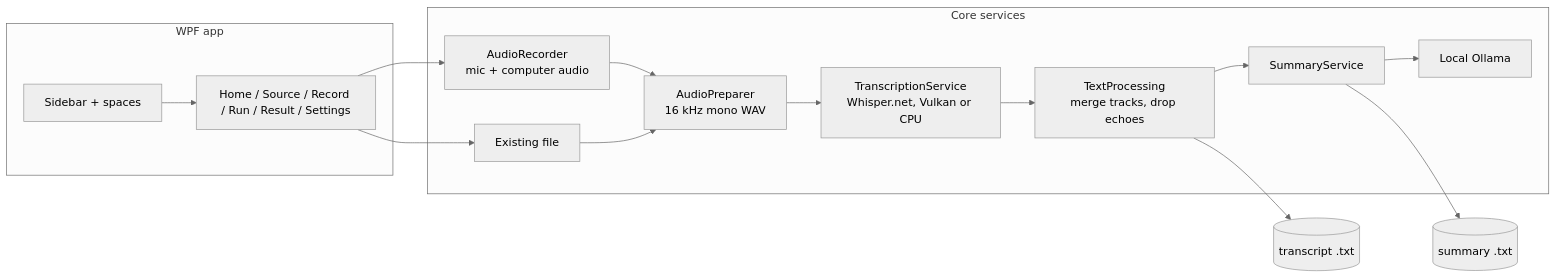
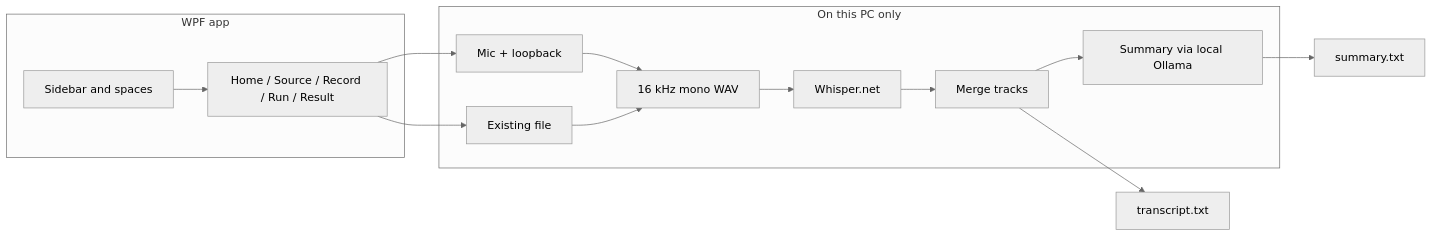
One commit to devanshhdalal/Meet-Simple changed the diagram in README.md. Above: the diagram before and after it, drawn with Mermaid (neutral theme). The commit also changed other lines of this file and 86 other files, not shown here.

````diff
--- a/README.md
+++ b/README.md
@@ -20,18 +90,17 @@
 ```mermaid
 flowchart LR
-    subgraph UI [WPF app]
-        Sidebar[Sidebar + spaces] --> Views[Home / Source / Record / Run / Result / Settings]
+    subgraph ui [WPF app]
+        Sidebar[Sidebar and spaces] --> Views[Home / Source / Record / Run / Result]
     end
-    subgraph Core [Core services]
-        Rec[AudioRecorder<br/>mic + computer audio] --> Prep
-        File[Existing file] --> Prep[AudioPreparer<br/>16 kHz mono WAV]
-        Prep --> Whisper[TranscriptionService<br/>Whisper.net, Vulkan or CPU]
-        Whisper --> Text[TextProcessing<br/>merge tracks, drop echoes]
-        Text --> Sum[SummaryService]
-        Sum --> Ollama[Local Ollama]
+    subgraph core [On this PC only]
+        Rec[Mic + loopback] --> Prep
+        File[Existing file] --> Prep[16 kHz mono WAV]
+        Prep --> Whisper[Whisper.net]
+        Whisper --> Text[Merge tracks]
+        Text --> Sum[Summary via local Ollama]
     end
     Views --> Rec
     Views --> File
-    Text --> Transcript[(transcript .txt)]
-    Sum --> Summary[(summary .txt)]
+    Text --> OutT[transcript.txt]
+    Sum --> OutS[summary.txt]
 ```
````
